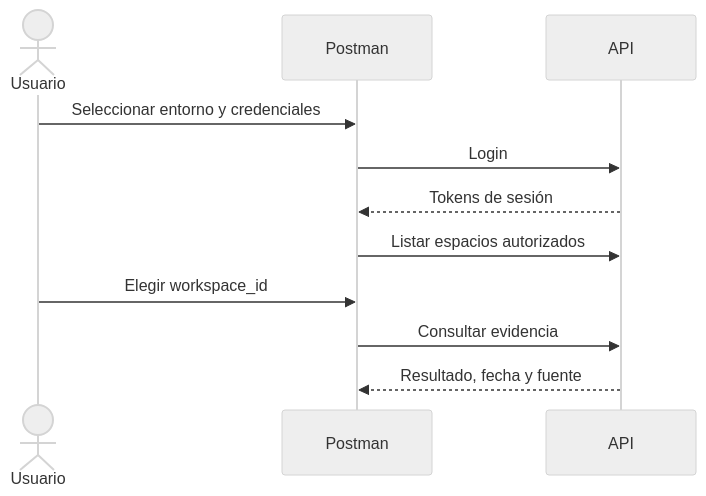
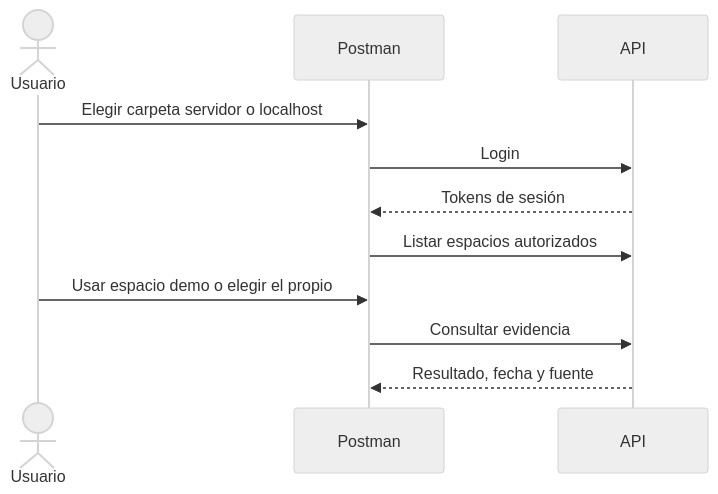
The diagram in docs/API.es.md (Luxisoft/realityos-spatial-memory), drawn with Mermaid (neutral theme) before and after one commit. The commit also changed other lines of this file and 16 other files, not shown here.

Commit message:
feat(postman): configure server and localhost demo collections

````diff
--- a/docs/API.es.md
+++ b/docs/API.es.md
@@ -21,13 +30,13 @@
 ```mermaid
 sequenceDiagram
     actor U as Usuario
     participant P as Postman
     participant A as API
-    U->>P: Seleccionar entorno y credenciales
+    U->>P: Elegir carpeta servidor o localhost
     P->>A: Login
     A-->>P: Tokens de sesión
     P->>A: Listar espacios autorizados
-    U->>P: Elegir workspace_id
+    U->>P: Usar espacio demo o elegir el propio
     P->>A: Consultar evidencia
     A-->>P: Resultado, fecha y fuente
 ```
````
